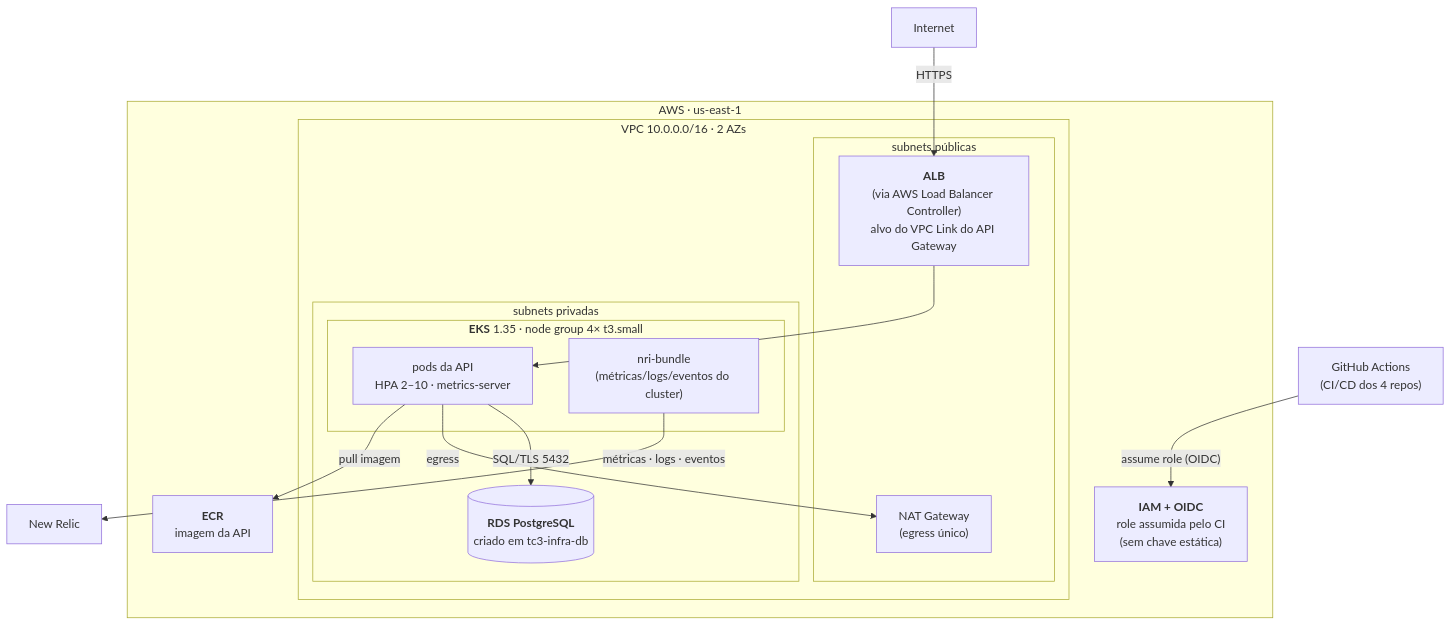
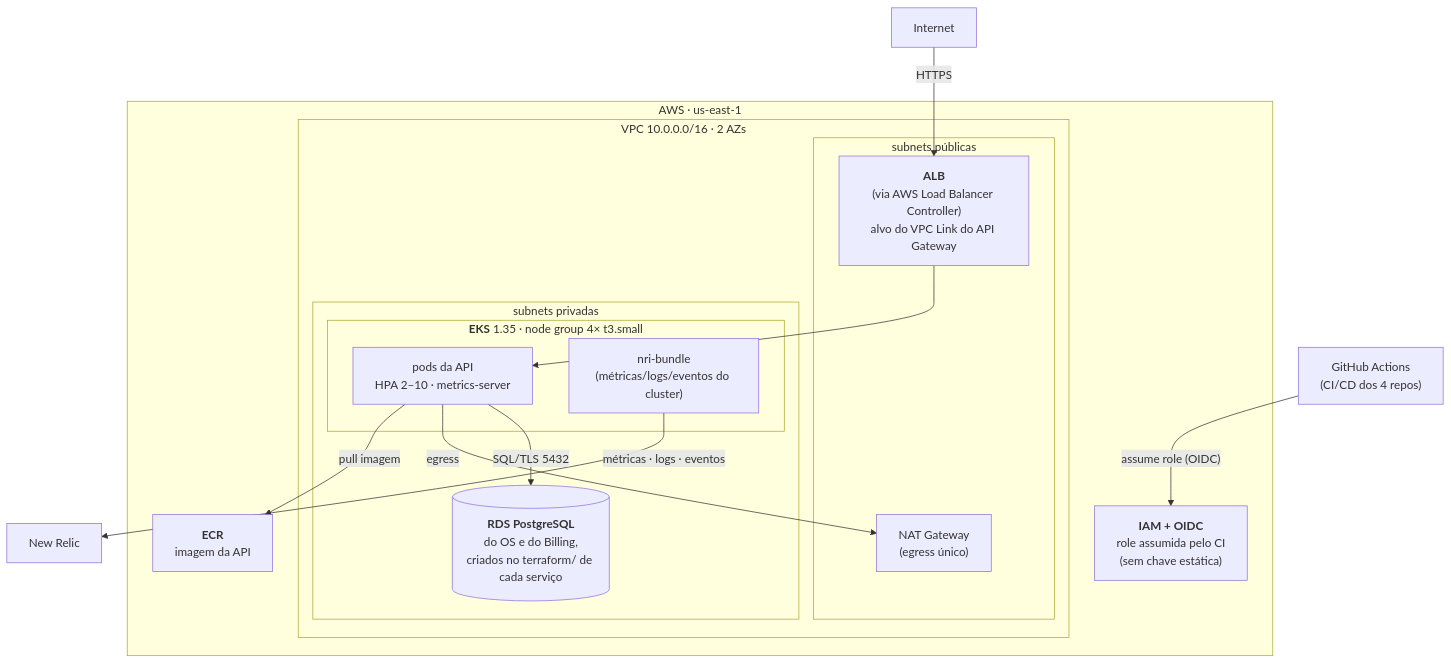
One commit to tiagostorch/tc3-infra-k8s changed the diagram in README.md. Above: the diagram before and after it, drawn with Mermaid. The commit also changed other lines of this file and 12 other files, not shown here.

````diff
--- a/README.md
+++ b/README.md
@@ -134,33 +134,33 @@
 ```mermaid
 graph TB
     Internet["Internet"]
     GH["GitHub Actions<br/>(CI/CD dos 4 repos)"]
     NR["New Relic"]
 
     subgraph AWS["AWS · us-east-1"]
         ECR["<b>ECR</b><br/>imagem da API"]
         OIDC["<b>IAM + OIDC</b><br/>role assumida pelo CI<br/>(sem chave estática)"]
 
         subgraph VPC["VPC 10.0.0.0/16 · 2 AZs"]
             subgraph Pub["subnets públicas"]
                 ALB["<b>ALB</b><br/>(via AWS Load Balancer Controller)<br/>alvo do VPC Link do API Gateway"]
                 NAT["NAT Gateway<br/>(egress único)"]
             end
             subgraph Priv["subnets privadas"]
                 subgraph EKS["<b>EKS</b> 1.35 · node group 4× t3.small"]
                     Pods["pods da API<br/>HPA 2–10 · metrics-server"]
                     NRB["nri-bundle<br/>(métricas/logs/eventos do cluster)"]
                 end
-                RDS[("<b>RDS PostgreSQL</b><br/>criado em tc3-infra-db")]
+                RDS[("<b>RDS PostgreSQL</b><br/>do OS e do Billing,<br/>criados no terraform/ de cada serviço")]
             end
         end
     end
 
     Internet -->|"HTTPS"| ALB
     ALB --> Pods
     Pods -->|"SQL/TLS 5432"| RDS
     Pods -->|"egress"| NAT
     Pods -->|"pull imagem"| ECR
     GH -->|"assume role (OIDC)"| OIDC
     NRB -->|"métricas · logs · eventos"| NR
 ```
````
